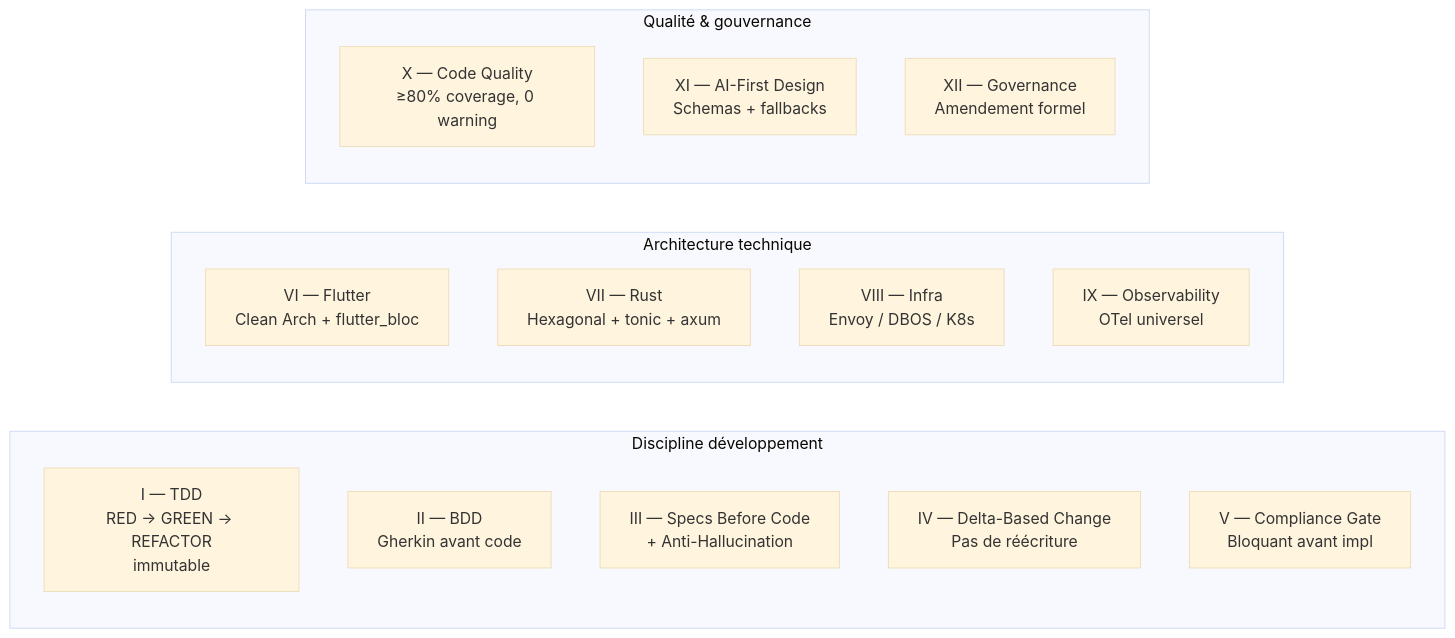
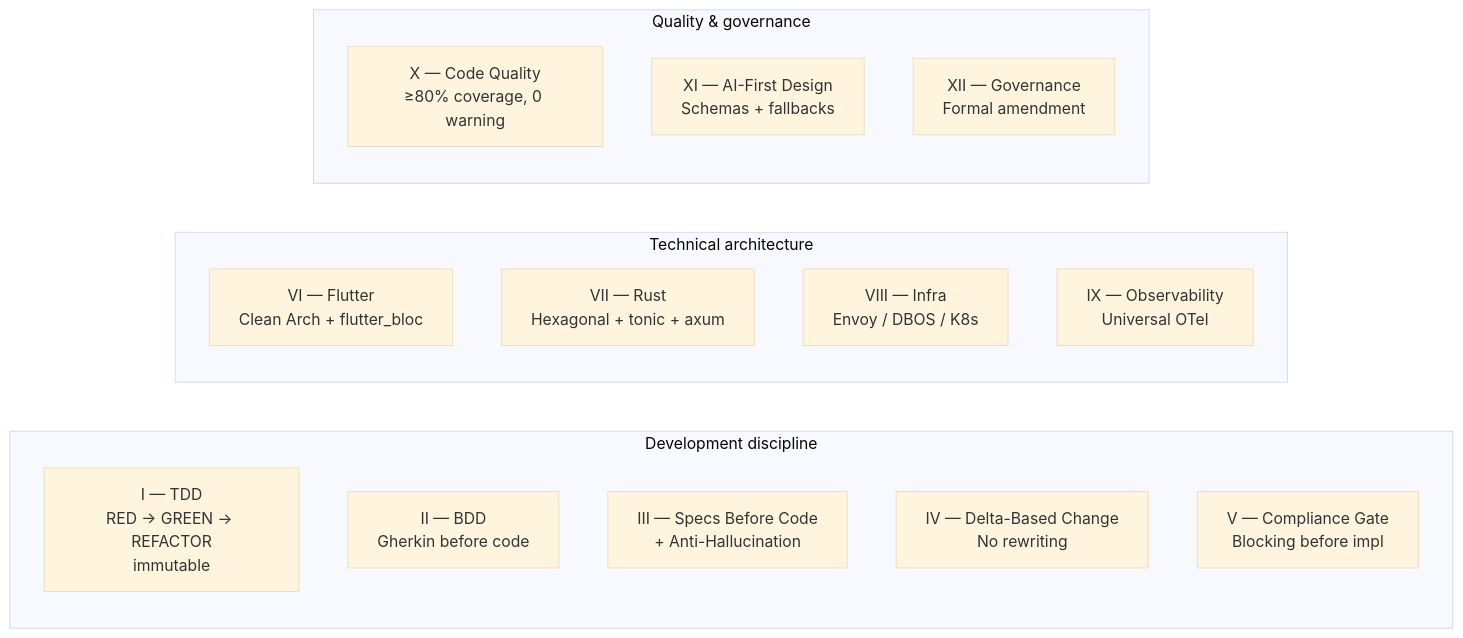
One commit to b-fontaine/forge changed the second of 9 diagrams in docs/medium.md. Above: the diagram before and after it, drawn with Mermaid (base theme). The commit also changed other lines of this file and 8 other files, not shown here.

````diff
--- a/docs/medium.md
+++ b/docs/medium.md
@@ -94,23 +94,23 @@
 ```mermaid
 graph LR
-    subgraph "Discipline développement"
+    subgraph "Development discipline"
       A1[I — TDD<br/>RED → GREEN → REFACTOR<br/>immutable]
-      A2[II — BDD<br/>Gherkin avant code]
+      A2[II — BDD<br/>Gherkin before code]
       A3[III — Specs Before Code<br/>+ Anti-Hallucination]
-      A4[IV — Delta-Based Change<br/>Pas de réécriture]
-      A5[V — Compliance Gate<br/>Bloquant avant impl]
+      A4[IV — Delta-Based Change<br/>No rewriting]
+      A5[V — Compliance Gate<br/>Blocking before impl]
     end
 
-    subgraph "Architecture technique"
+    subgraph "Technical architecture"
       A6[VI — Flutter<br/>Clean Arch + flutter_bloc]
       A7[VII — Rust<br/>Hexagonal + tonic + axum]
       A8[VIII — Infra<br/>Envoy / DBOS / K8s]
-      A9[IX — Observability<br/>OTel universel]
+      A9[IX — Observability<br/>Universal OTel]
     end
 
-    subgraph "Qualité & gouvernance"
+    subgraph "Quality & governance"
       A10[X — Code Quality<br/>≥80% coverage, 0 warning]
       A11[XI — AI-First Design<br/>Schemas + fallbacks]
-      A12[XII — Governance<br/>Amendement formel]
+      A12[XII — Governance<br/>Formal amendment]
     end
 ```
````
